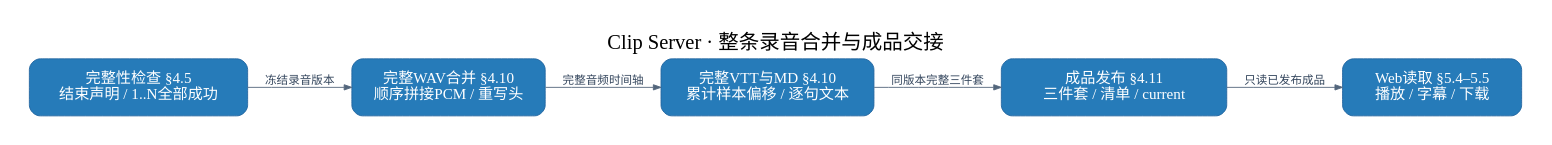
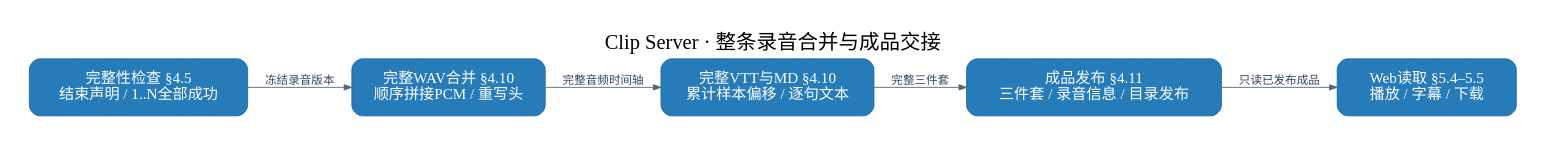
Before and after one commit to boboliu-1010/speaker: the diagram in docs/assets/diagrams/09c-clip-publication.dot, drawn with Graphviz. The commit also changed 11 other files, not shown here.

```diff
--- a/docs/assets/diagrams/09c-clip-publication.dot
+++ b/docs/assets/diagrams/09c-clip-publication.dot
@@ -1,14 +1,14 @@
 digraph G {
 graph [rankdir=LR, bgcolor="white", pad="0.35", nodesep="0.4", ranksep="0.55", splines=line, fontname="PingFang SC", fontsize=23, labelloc=t, label="Clip Server · 整条录音合并与成品交接"];
 node [shape=box, style="rounded,filled", fillcolor="#267bb9", color="#2366a0", fontcolor=white, fontname="PingFang SC", fontsize=17, margin="0.22,0.18"];
 edge [fontname="PingFang SC", fontsize=13, color="#53667c", fontcolor="#34465d", arrowsize=0.85];
 n0 [width=3.40, label="完整性检查 §4.5\n结束声明 / 1..N全部成功"];
 n1 [width=3.02, label="完整WAV合并 §4.10\n顺序拼接PCM / 重写头"];
 n2 [width=3.32, label="完整VTT与MD §4.10\n累计样本偏移 / 逐句文本"];
-n3 [width=3.51, label="成品发布 §4.11\n三件套 / 清单 / current"];
+n3 [width=3.97, label="成品发布 §4.11\n三件套 / 录音信息 / 目录发布"];
 n4 [width=2.79, label="Web读取 §5.4–5.5\n播放 / 字幕 / 下载"];
 n0 -> n1 [label="冻结录音版本"];
 n1 -> n2 [label="完整音频时间轴"];
-n2 -> n3 [label="同版本完整三件套"];
+n2 -> n3 [label="完整三件套"];
 n3 -> n4 [label="只读已发布成品"];
 }
```
